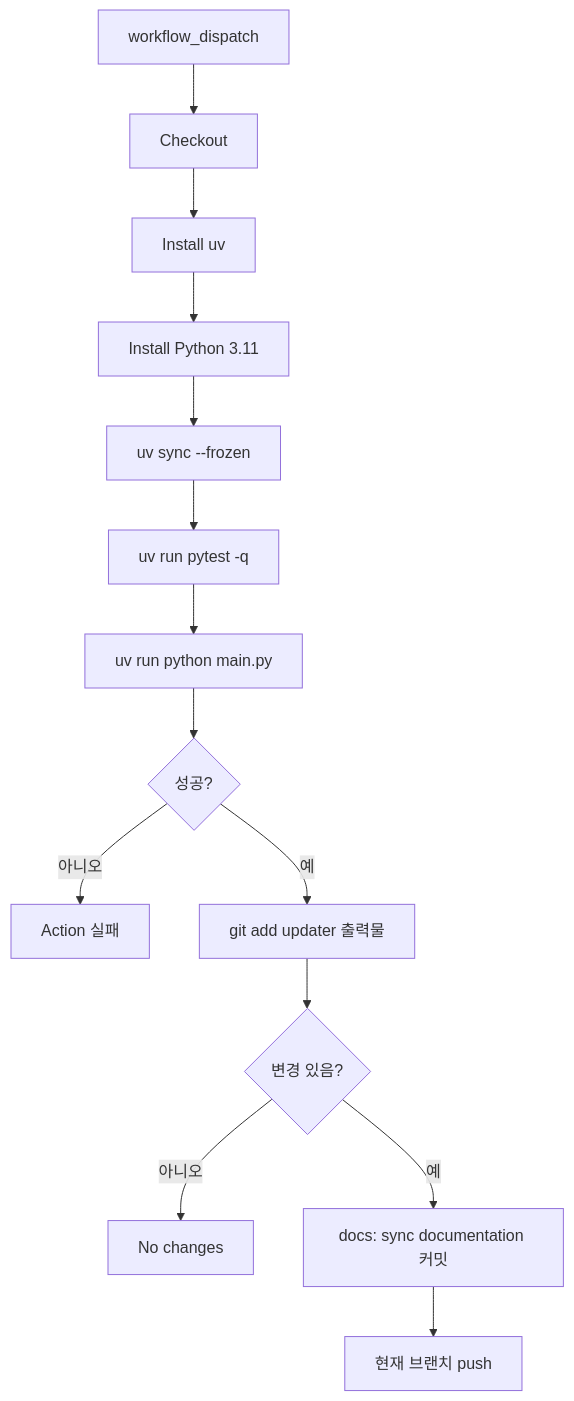
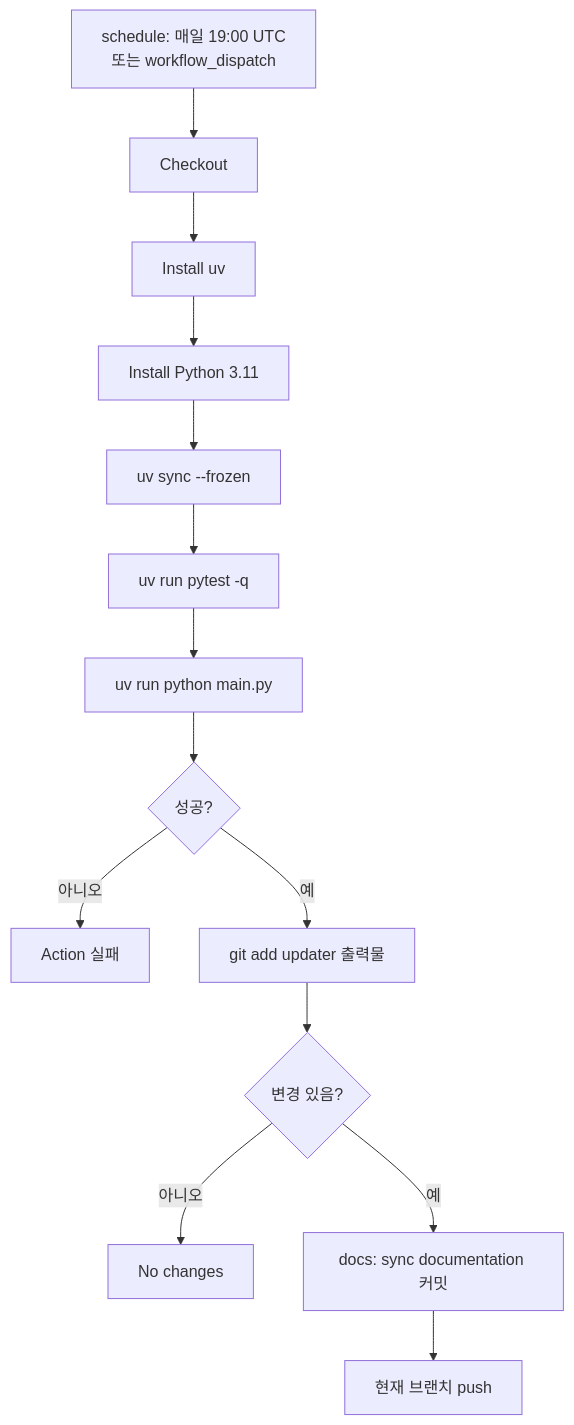
The first of 2 diagrams in .github/docs-updater/.ai-context/workflow.md (letsescape/laravel-docs), drawn with Mermaid before and after one commit. The commit also changed other lines of this file, not shown here.

Commit message:
docs(automation): expand translation workflow policy

````diff
--- a/.github/docs-updater/.ai-context/workflow.md
+++ b/.github/docs-updater/.ai-context/workflow.md
@@ -108,16 +132,16 @@
 ```mermaid
 flowchart TD
-    A[workflow_dispatch] --> B[Checkout]
+    A[schedule: 매일 19:00 UTC<br/>또는 workflow_dispatch] --> B[Checkout]
     B --> C[Install uv]
     C --> D[Install Python 3.11]
     D --> E[uv sync --frozen]
     E --> F[uv run pytest -q]
     F --> G[uv run python main.py]
     G --> H{성공?}
     H -- 아니오 --> X[Action 실패]
     H -- 예 --> I[git add updater 출력물]
     I --> J{변경 있음?}
     J -- 아니오 --> K[No changes]
     J -- 예 --> L[docs: sync documentation 커밋]
     L --> M[현재 브랜치 push]
 ```
````
